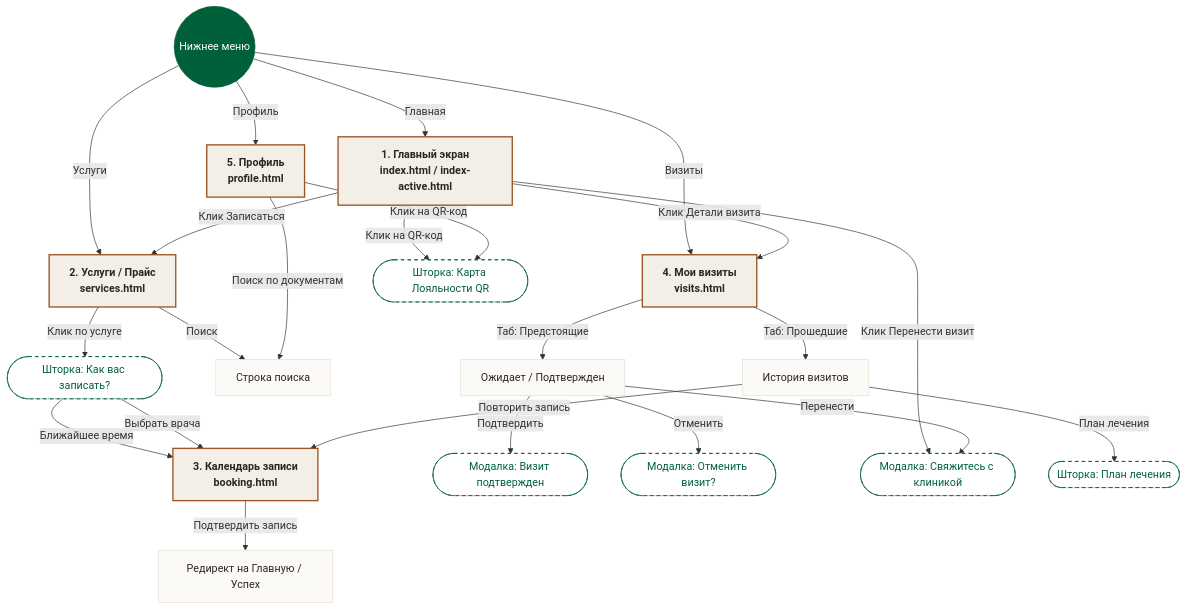
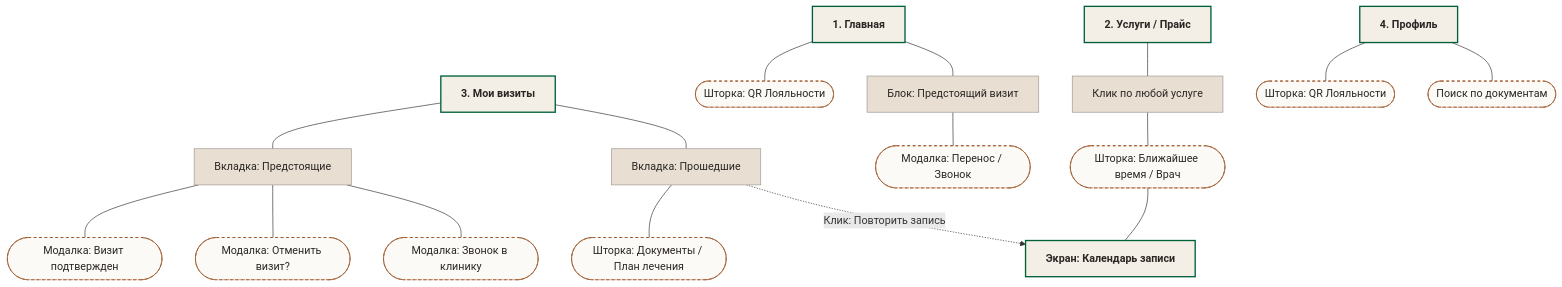
The diagram in 3mclinic-premium/flow-map.md (ninjahvoya-ship-it/client-prototypes), drawn with Mermaid before and after one commit. The commit also changed other lines of this file, not shown here.

Commit message:
Simplify and clean up the Mermaid flow diagram for better readability

````diff
--- a/3mclinic-premium/flow-map.md
+++ b/3mclinic-premium/flow-map.md
@@ -3,60 +3,37 @@
 ```mermaid
-graph TD
-    %% Base Styles
-    classDef default fill:#FCFAF6,stroke:#E8DED1,stroke-width:1px,color:#2A2624;
-    classDef screen fill:#F4EFE6,stroke:#9C5426,stroke-width:2px,color:#2A2624,font-weight:bold;
-    classDef modal fill:#FFFFFF,stroke:#006039,stroke-width:1px,color:#006039,stroke-dasharray: 5 5;
-    classDef highlight fill:#006039,stroke:#006039,stroke-width:1px,color:#FFFFFF;
+flowchart TB
+    classDef screen fill:#F4EFE6,stroke:#006039,stroke-width:2px,color:#2A2624,font-weight:bold;
+    classDef modal fill:#FCFAF6,stroke:#9C5426,stroke-width:1px,color:#2A2624,stroke-dasharray: 4 4;
+    classDef state fill:#E8DED1,stroke:#9E9892,stroke-width:1px,color:#2A2624;
 
-    %% SCREENS
-    Home[1. Главный экран<br/>index.html / index-active.html]:::screen
-    Services[2. Услуги / Прайс<br/>services.html]:::screen
-    Booking[3. Календарь записи<br/>booking.html]:::screen
-    Visits[4. Мои визиты<br/>visits.html]:::screen
-    Profile[5. Профиль<br/>profile.html]:::screen
+    Home[1. Главная]:::screen
+    Services[2. Услуги / Прайс]:::screen
+    Visits[3. Мои визиты]:::screen
+    Profile[4. Профиль]:::screen
 
-    %% MODALS & BOTTOM SHEETS
-    ModQR([Шторка: Карта Лояльности QR]):::modal
-    ModService([Шторка: Как вас записать?]):::modal
-    ModConfirm([Модалка: Визит подтвержден]):::modal
-    ModCancel([Модалка: Отменить визит?]):::modal
-    ModCall([Модалка: Свяжитесь с клиникой]):::modal
-    ModPlan([Шторка: План лечения]):::modal
+    %% Главная Ветка
+    Home --- H1([Шторка: QR Лояльности]):::modal
+    Home --- H2[Блок: Предстоящий визит]:::state
+    H2 --- H2a([Модалка: Перенос / Звонок]):::modal
 
-    %% GLOBAL NAVIGATION (Tabbar)
-    Tabbar((Нижнее меню)):::highlight
-    Tabbar -->|Главная| Home
-    Tabbar -->|Услуги| Services
-    Tabbar -->|Визиты| Visits
-    Tabbar -->|Профиль| Profile
+    %% Услуги Ветка
+    Services --- S1[Клик по любой услуге]:::state
+    S1 --- S1a([Шторка: Ближайшее время / Врач]):::modal
+    S1a --- Booking[Экран: Календарь записи]:::screen
 
-    %% FLOW: HOME
-    Home -->|Клик на QR-код| ModQR
-    Home -->|Клик Записаться| Services
-    Home -->|Клик Детали визита| Visits
-    Home -->|Клик Перенести визит| ModCall
+    %% Визиты Ветка
+    Visits --- V1[Вкладка: Предстоящие]:::state
+    Visits --- V2[Вкладка: Прошедшие]:::state
 
-    %% FLOW: SERVICES
-    Services -->|Поиск| SearchBar[Строка поиска]
-    Services -->|Клик по услуге| ModService
-    ModService -->|Ближайшее время| Booking
-    ModService -->|Выбрать врача| Booking
+    V1 --- V1a([Модалка: Визит подтвержден]):::modal
+    V1 --- V1b([Модалка: Отменить визит?]):::modal
+    V1 --- V1c([Модалка: Звонок в клинику]):::modal
 
-    %% FLOW: BOOKING
-    Booking -->|Подтвердить запись| SuccessState[Редирект на Главную / Успех]
+    V2 --- V2a([Шторка: Документы / План лечения]):::modal
+    V2 -. Клик: Повторить запись .-> Booking
 
-    %% FLOW: VISITS
-    Visits -->|Таб: Предстоящие| VUpcoming[Ожидает / Подтвержден]
-    Visits -->|Таб: Прошедшие| VPast[История визитов]
+    %% Профиль Ветка
+    Profile --- P1([Шторка: QR Лояльности]):::modal
+    Profile --- P2([Поиск по документам]):::modal
 
-    VUpcoming -->|Подтвердить| ModConfirm
-    VUpcoming -->|Отменить| ModCancel
-    VUpcoming -->|Перенести| ModCall
-
-    VPast -->|Повторить запись| Booking
-    VPast -->|План лечения| ModPlan
-
-    %% FLOW: PROFILE
-    Profile -->|Поиск по документам| SearchBar
-    Profile -->|Клик на QR-код| ModQR
 ```
````
